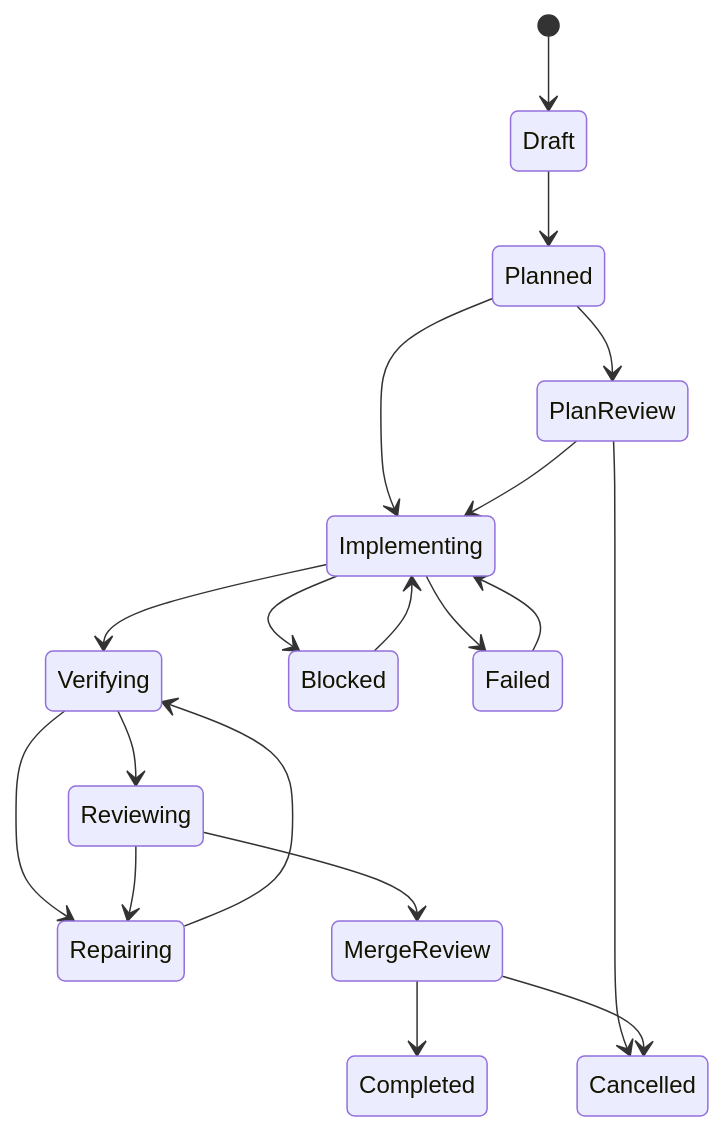
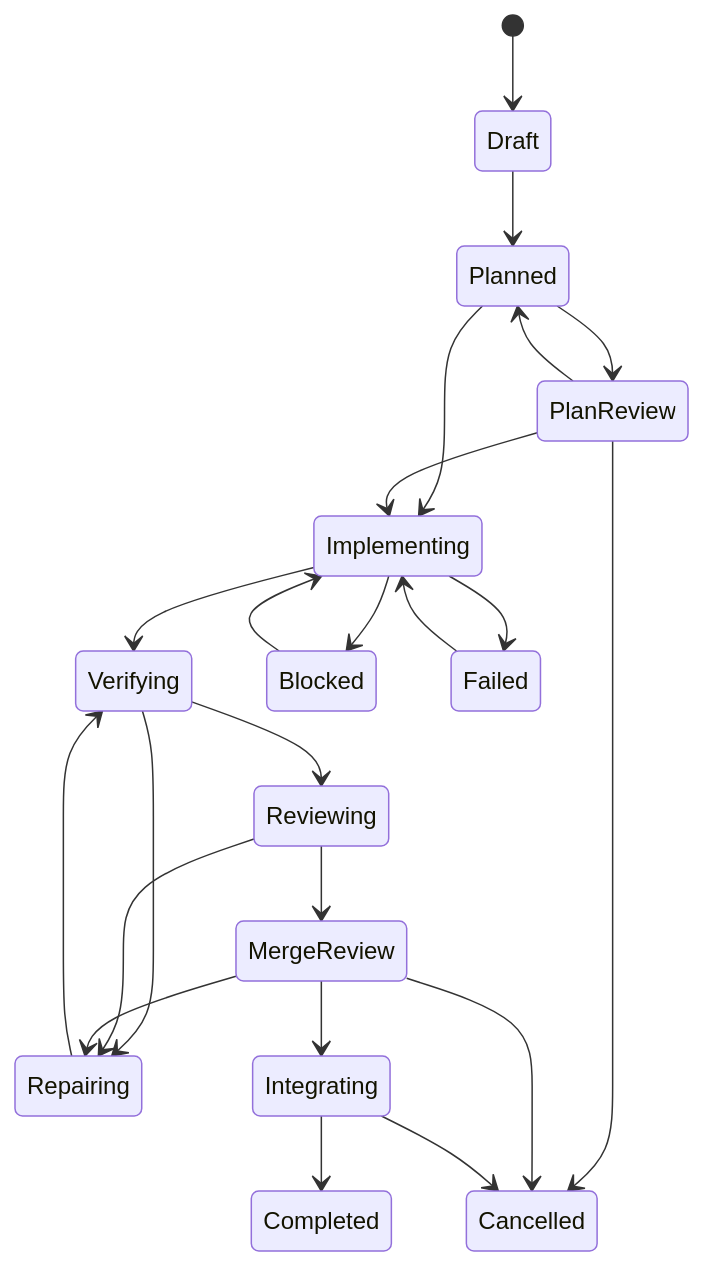
Before and after one commit to fangzhouRWTH/JobSlayer: the second of 2 diagrams in docs/PROJECT_GUIDE.md, drawn with Mermaid. The commit also changed other lines of this file and 105 other files, not shown here.

````diff
--- a/docs/PROJECT_GUIDE.md
+++ b/docs/PROJECT_GUIDE.md
@@ -106,21 +109,25 @@
 ```mermaid
 stateDiagram-v2
     [*] --> Draft
     Draft --> Planned
     Planned --> PlanReview
     Planned --> Implementing
     PlanReview --> Implementing
+    PlanReview --> Planned
     PlanReview --> Cancelled
     Implementing --> Verifying
     Implementing --> Blocked
     Implementing --> Failed
     Blocked --> Implementing
     Failed --> Implementing
     Verifying --> Repairing
     Verifying --> Reviewing
     Repairing --> Verifying
     Reviewing --> Repairing
     Reviewing --> MergeReview
-    MergeReview --> Completed
+    MergeReview --> Integrating
+    MergeReview --> Repairing
     MergeReview --> Cancelled
+    Integrating --> Completed
+    Integrating --> Cancelled
 ```
````
